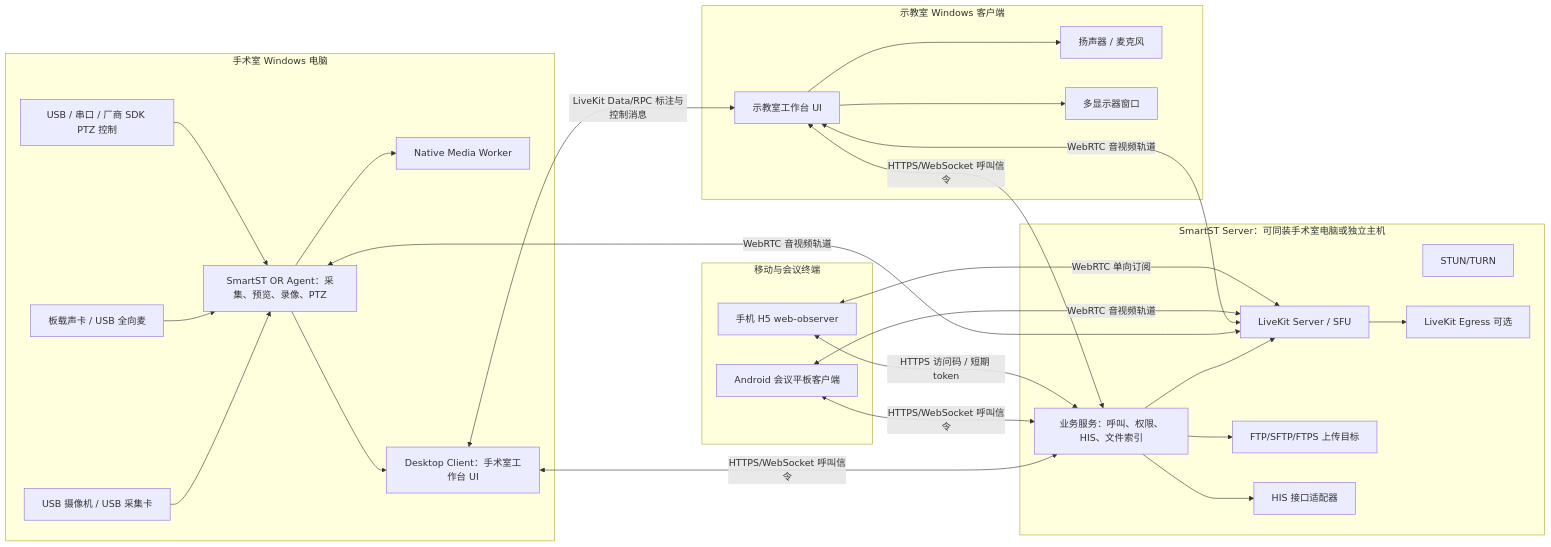
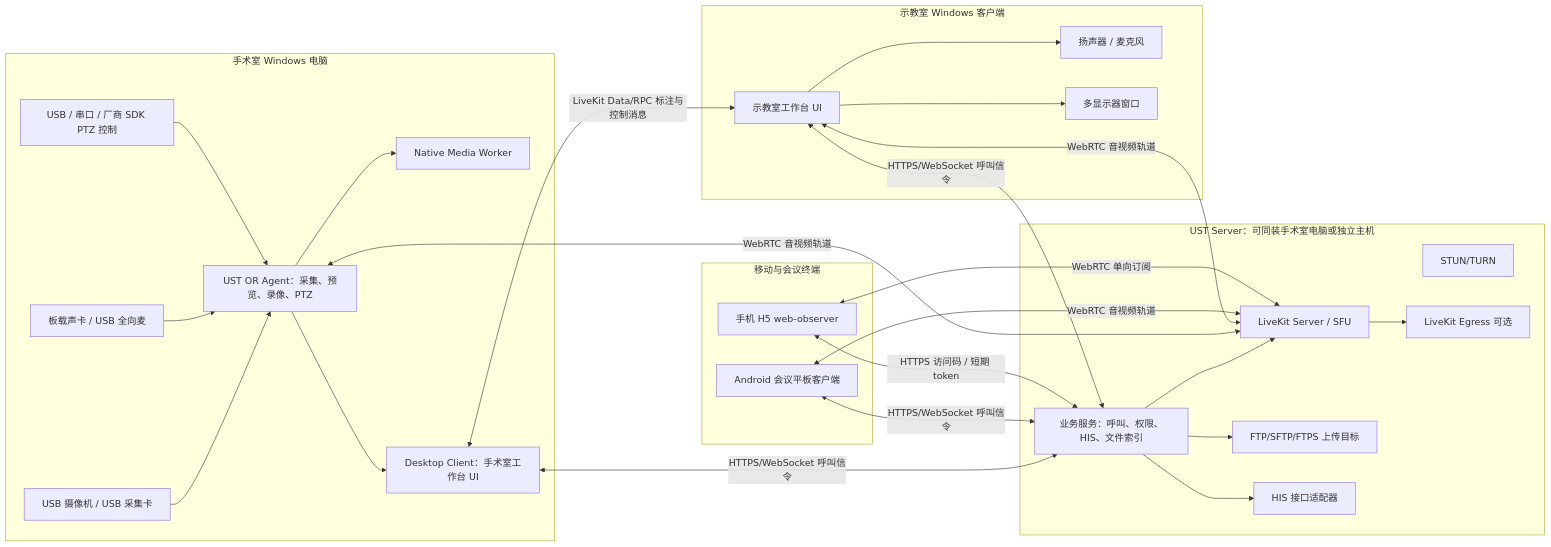
The first of 3 diagrams in docs/livekit-desktop-surgery-teaching-architecture.md (ticopapa327-dot/smartst-lite), drawn with Mermaid before and after one commit. The commit also changed other lines of this file and 83 other files, not shown here.

````diff
--- a/docs/livekit-desktop-surgery-teaching-architecture.md
+++ b/docs/livekit-desktop-surgery-teaching-architecture.md
@@ -20,52 +20,52 @@
 ```mermaid
 flowchart LR
   subgraph OR["手术室 Windows 电脑"]
     UVC["USB 摄像机 / USB 采集卡"]
     PTZ["USB / 串口 / 厂商 SDK PTZ 控制"]
     Mic["板载声卡 / USB 全向麦"]
-    Agent["SmartST OR Agent：采集、预览、录像、PTZ"]
+    Agent["UST OR Agent：采集、预览、录像、PTZ"]
     Worker["Native Media Worker"]
     ORUI["Desktop Client：手术室工作台 UI"]
     UVC --> Agent
     Mic --> Agent
     PTZ --> Agent
     Agent --> Worker
     Agent --> ORUI
   end
 
-  subgraph Server["SmartST Server：可同装手术室电脑或独立主机"]
+  subgraph Server["UST Server：可同装手术室电脑或独立主机"]
     App["业务服务：呼叫、权限、HIS、文件索引"]
     LK["LiveKit Server / SFU"]
     TURN["STUN/TURN"]
     Egress["LiveKit Egress 可选"]
     FTP["FTP/SFTP/FTPS 上传目标"]
     HIS["HIS 接口适配器"]
     App --> LK
     LK --> Egress
     App --> HIS
     App --> FTP
   end
 
   subgraph Teach["示教室 Windows 客户端"]
     TUI["示教室工作台 UI"]
     Audio["扬声器 / 麦克风"]
     Monitors["多显示器窗口"]
     TUI --> Audio
     TUI --> Monitors
   end
 
   subgraph Mobile["移动与会议终端"]
     Tablet["Android 会议平板客户端"]
     Phone["手机 H5 web-observer"]
   end
 
   ORUI <-->|HTTPS/WebSocket 呼叫信令| App
   TUI <-->|HTTPS/WebSocket 呼叫信令| App
   Tablet <-->|HTTPS/WebSocket 呼叫信令| App
   Phone <-->|HTTPS 访问码 / 短期 token| App
   Agent <-->|WebRTC 音视频轨道| LK
   TUI <-->|WebRTC 音视频轨道| LK
   Tablet <-->|WebRTC 音视频轨道| LK
   Phone <-->|WebRTC 单向订阅| LK
   ORUI <-->|LiveKit Data/RPC 标注与控制消息| TUI
 ```
````
